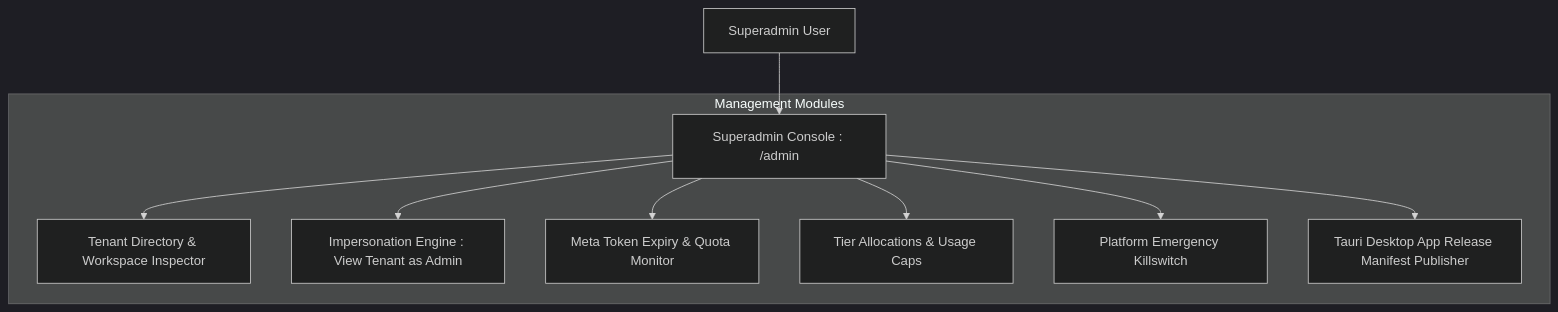
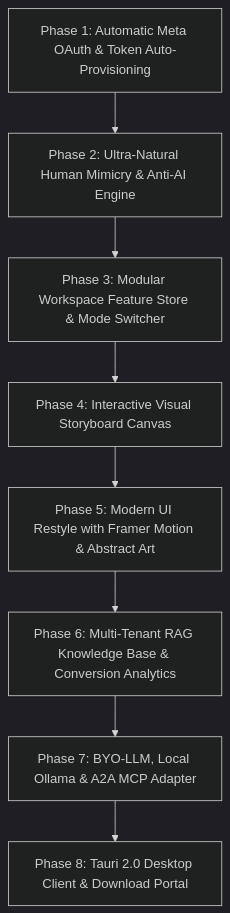
The fifth of 5 diagrams in PLAN.md (samjoshua2002/instagram), drawn with Mermaid (dark theme) before and after one commit. The commit also changed other lines of this file, not shown here.

Commit message:
refactor: condense PLAN.md into an autonomous multi-tenant Instagram SaaS blueprint

````diff
--- a/PLAN.md
+++ b/PLAN.md
@@ -384,13 +382,10 @@
 ```mermaid
 graph TD
-    Superadmin[Superadmin User] --> AdminConsole[Superadmin Console : /admin]
-    
-    subgraph Management Modules
-        AdminConsole --> TenantDir[Tenant Directory & Workspace Inspector]
-        AdminConsole --> LiveImpersonate[Impersonation Engine : View Tenant as Admin]
-        AdminConsole --> TokenAuditor[Meta Token Expiry & Quota Monitor]
-        AdminConsole --> BillingTiers[Tier Allocations & Usage Caps]
-        AdminConsole --> GlobalKillswitch[Platform Emergency Killswitch]
-        AdminConsole --> ReleaseManager[Tauri Desktop App Release Manifest Publisher]
-    end
+    P1[Phase 1: Automatic Meta OAuth & Token Auto-Provisioning] --> P2[Phase 2: Ultra-Natural Human Mimicry & Anti-AI Engine]
+    P2 --> P3[Phase 3: Modular Workspace Feature Store & Mode Switcher]
+    P3 --> P4[Phase 4: Interactive Visual Storyboard Canvas]
+    P4 --> P5[Phase 5: Modern UI Restyle with Framer Motion & Abstract Art]
+    P5 --> P6[Phase 6: Multi-Tenant RAG Knowledge Base & Conversion Analytics]
+    P6 --> P7[Phase 7: BYO-LLM, Local Ollama & A2A MCP Adapter]
+    P7 --> P8[Phase 8: Tauri 2.0 Desktop Client & Download Portal]
 ```
````
